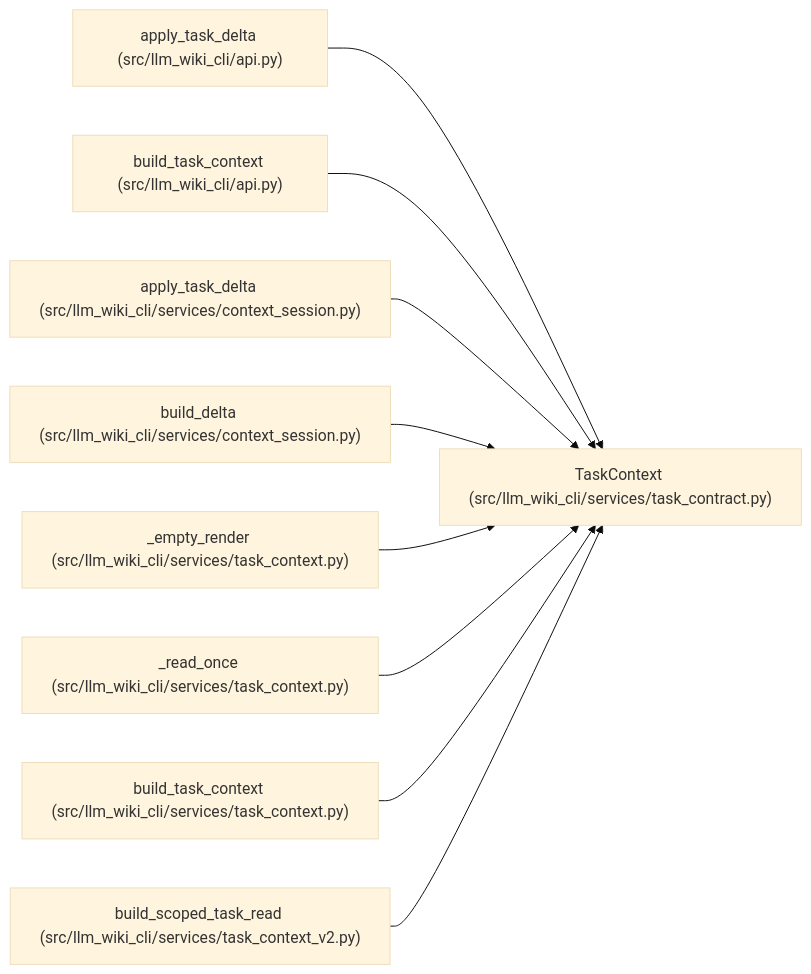
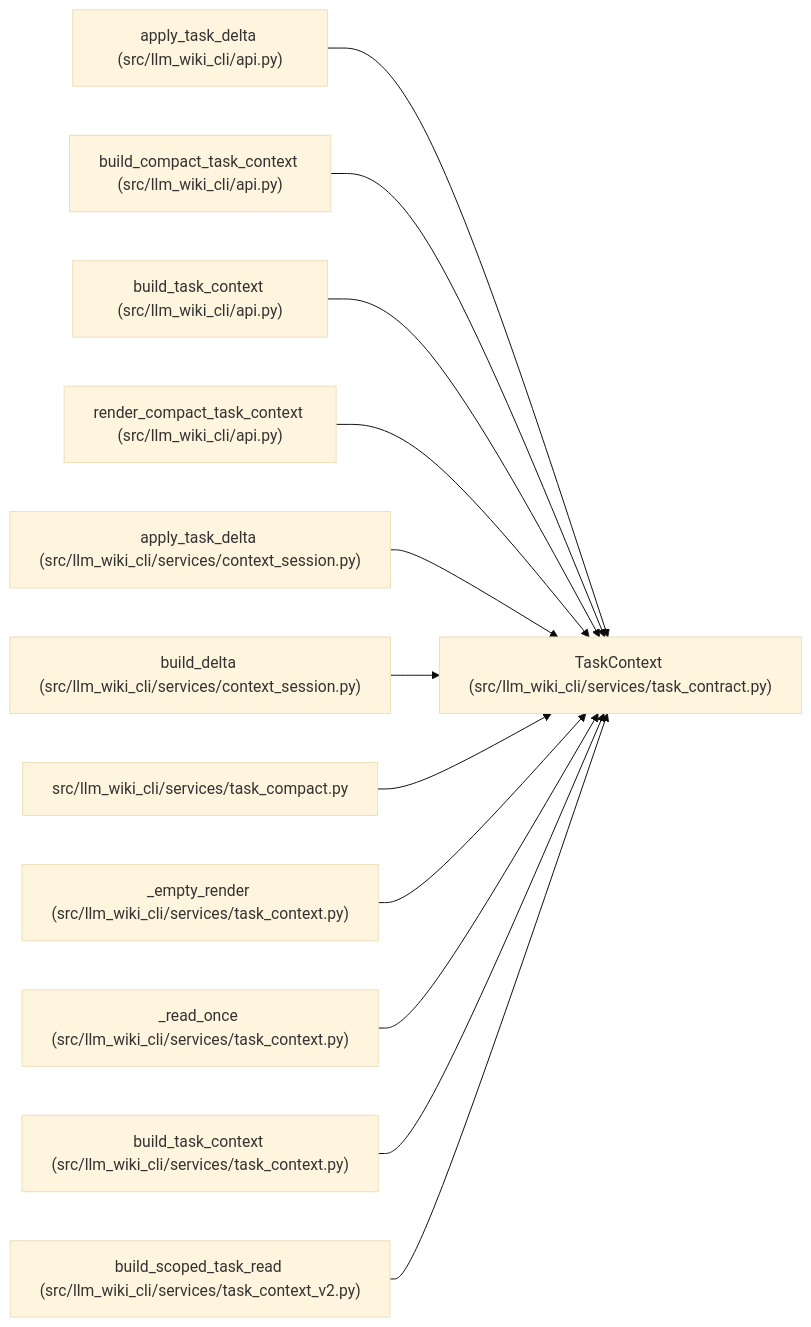
Before and after one commit to Denissvgn/python-wiki-llm: the diagram in docs/llm_wiki/entities/TaskContext.md, drawn with Mermaid (base theme). The commit also changed other lines of this file and 1410 other files, not shown here.

First line of the commit message:
Add source-grounded task guides and re-anchor the maintained wiki

````diff
--- a/docs/llm_wiki/entities/TaskContext.md
+++ b/docs/llm_wiki/entities/TaskContext.md
@@ -35,29 +35,38 @@
 ```mermaid
 flowchart LR
     n0["TaskContext (src/llm_wiki_cli/services/task_contract.py)"]
     n1["apply_task_delta (src/llm_wiki_cli/api.py)"]
-    n2["build_task_context (src/llm_wiki_cli/api.py)"]
-    n3["apply_task_delta (src/llm_wiki_cli/services/context_session.py)"]
-    n4["build_delta (src/llm_wiki_cli/services/context_session.py)"]
-    n5["_empty_render (src/llm_wiki_cli/services/task_context.py)"]
-    n6["_read_once (src/llm_wiki_cli/services/task_context.py)"]
-    n7["build_task_context (src/llm_wiki_cli/services/task_context.py)"]
-    n8["build_scoped_task_read (src/llm_wiki_cli/services/task_context_v2.py)"]
+    n2["build_compact_task_context (src/llm_wiki_cli/api.py)"]
+    n3["build_task_context (src/llm_wiki_cli/api.py)"]
+    n4["render_compact_task_context (src/llm_wiki_cli/api.py)"]
+    n5["apply_task_delta (src/llm_wiki_cli/services/context_session.py)"]
+    n6["build_delta (src/llm_wiki_cli/services/context_session.py)"]
+    n7["src/llm_wiki_cli/services/task_compact.py"]
+    n8["_empty_render (src/llm_wiki_cli/services/task_context.py)"]
+    n9["_read_once (src/llm_wiki_cli/services/task_context.py)"]
+    n10["build_task_context (src/llm_wiki_cli/services/task_context.py)"]
+    n11["build_scoped_task_read (src/llm_wiki_cli/services/task_context_v2.py)"]
     n1 --> n0
     n2 --> n0
     n3 --> n0
     n4 --> n0
     n5 --> n0
     n6 --> n0
     n7 --> n0
     n8 --> n0
+    n9 --> n0
+    n10 --> n0
+    n11 --> n0
     click n0 "../modules/task_contract.md"
     click n1 "../modules/api.md"
     click n2 "../modules/api.md"
-    click n3 "../modules/context_session.md"
-    click n4 "../modules/context_session.md"
-    click n5 "../modules/task_context.md"
-    click n6 "../modules/task_context.md"
-    click n7 "../modules/task_context.md"
-    click n8 "../modules/task_context_v2.md"
+    click n3 "../modules/api.md"
+    click n4 "../modules/api.md"
+    click n5 "../modules/context_session.md"
+    click n6 "../modules/context_session.md"
+    click n7 "../modules/task_compact.md"
+    click n8 "../modules/task_context.md"
+    click n9 "../modules/task_context.md"
+    click n10 "../modules/task_context.md"
+    click n11 "../modules/task_context_v2.md"
 ```
````
